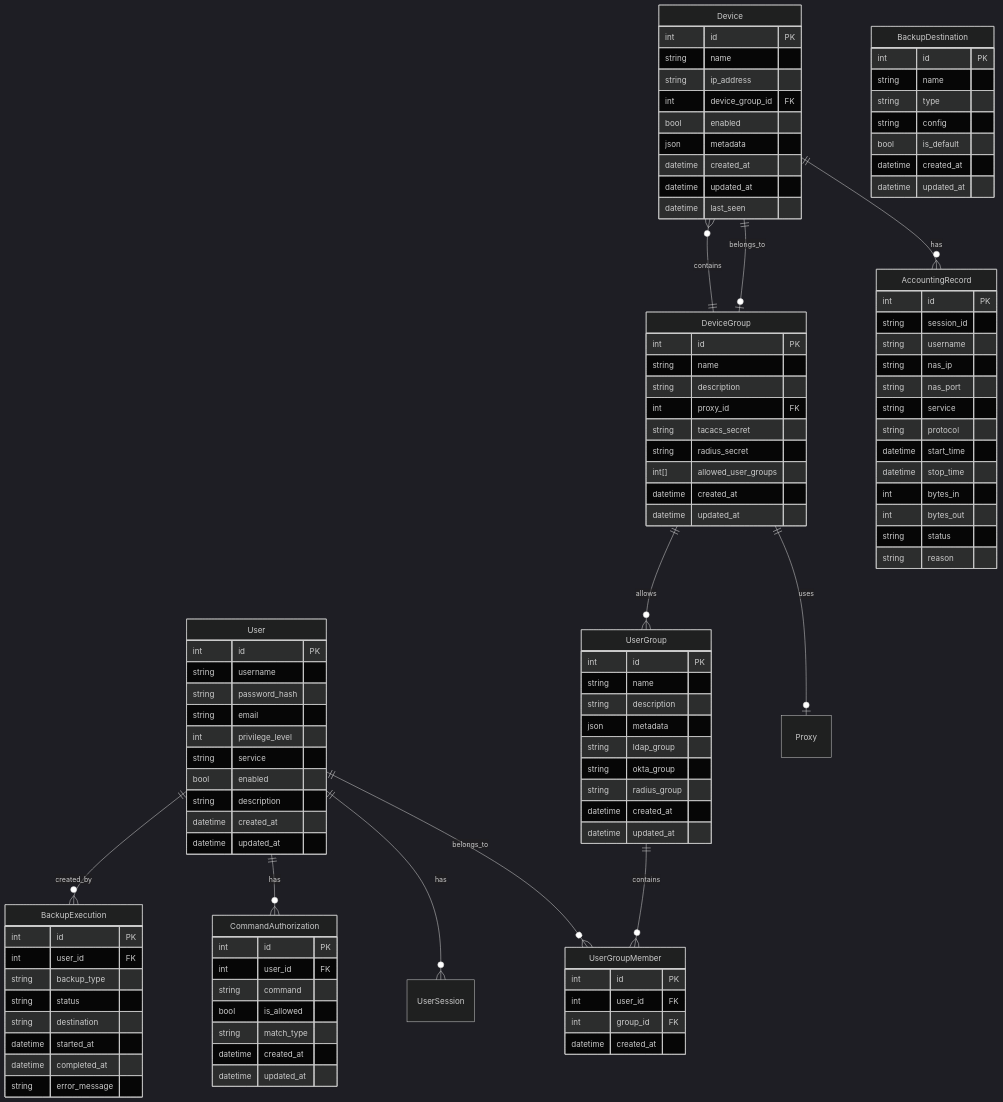
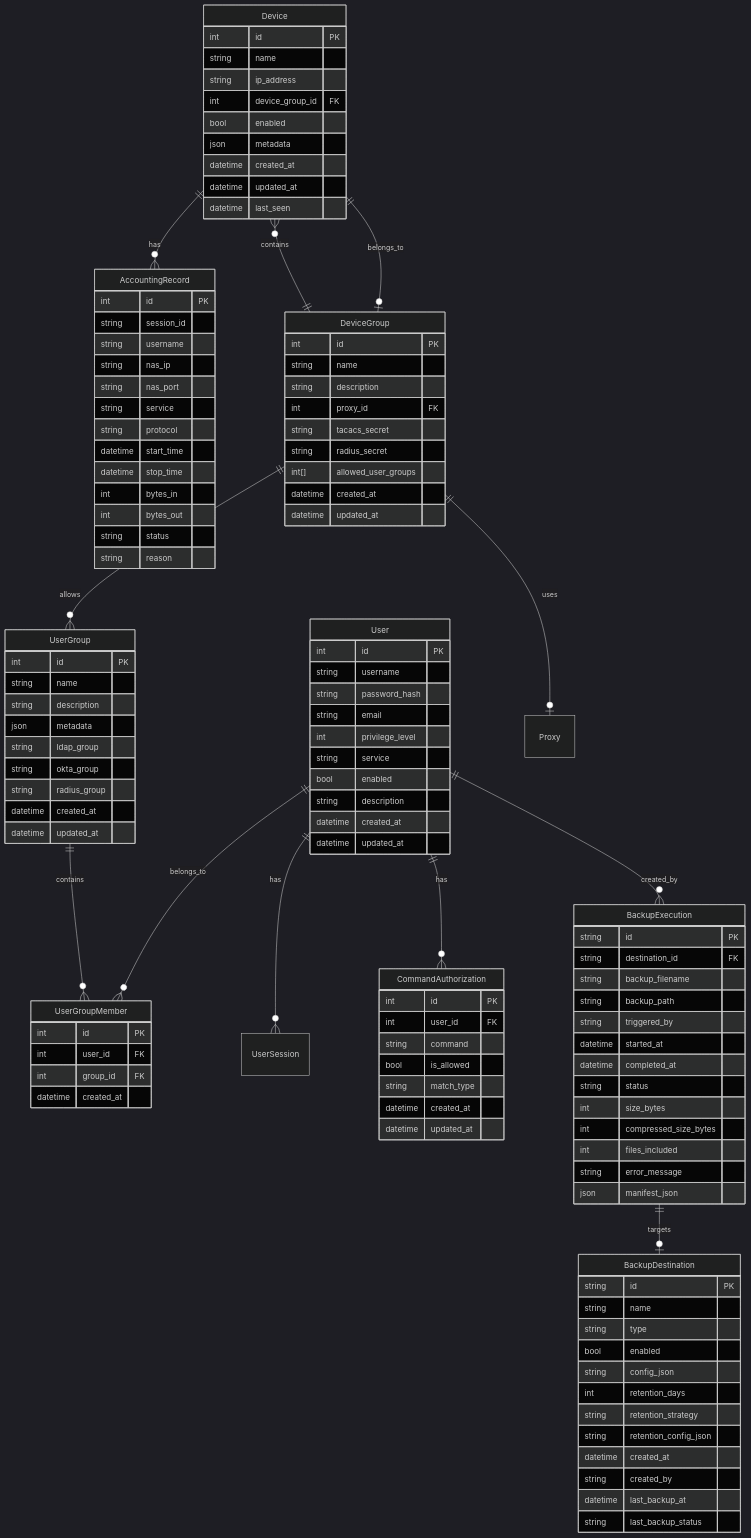
One commit to SaschaSchwarzK/tacacs_server changed the diagram in docs/database_schema.md. Above: the diagram before and after it, drawn with Mermaid (dark theme). The commit also changed other lines of this file and 12 other files, not shown here.

```diff
--- a/docs/database_schema.md
+++ b/docs/database_schema.md
@@ -88,25 +90,36 @@
     }
 
     %% Backup System
+    BackupExecution ||--o| BackupDestination : targets
     BackupExecution {
-        int id PK
-        int user_id FK
-        string backup_type
-        string status
-        string destination
+        string id PK
+        string destination_id FK
+        string backup_filename
+        string backup_path
+        string triggered_by
         datetime started_at
         datetime completed_at
+        string status
+        int size_bytes
+        int compressed_size_bytes
+        int files_included
         string error_message
+        json manifest_json
     }
 
     BackupDestination {
-        int id PK
+        string id PK
         string name
         string type
-        string config
-        bool is_default
+        bool enabled
+        string config_json
+        int retention_days
+        string retention_strategy
+        string retention_config_json
         datetime created_at
-        datetime updated_at
+        string created_by
+        datetime last_backup_at
+        string last_backup_status
     }
 
     %% Accounting
```
